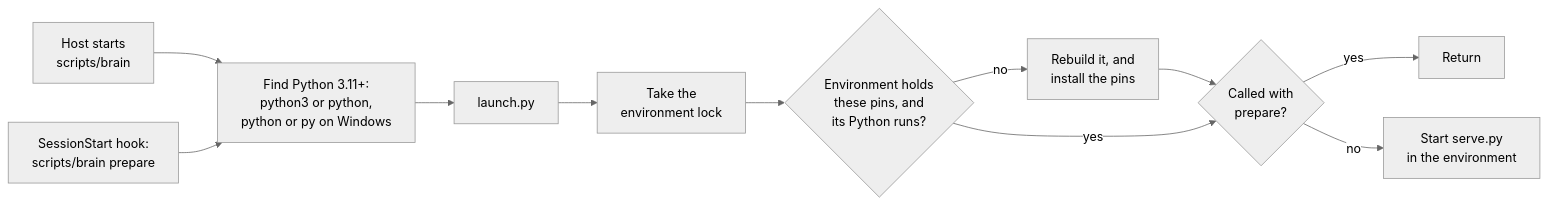
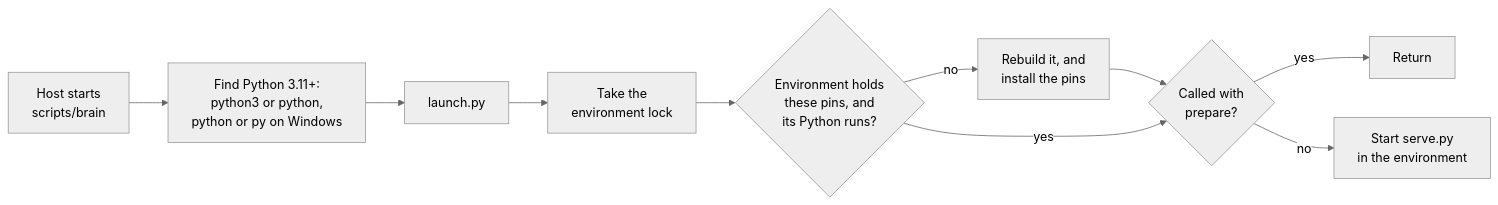
Before and after one commit to Velrea/AI.Brain: the diagram in docs/mcp-server.md, drawn with Mermaid (neutral theme). The commit also changed other lines of this file and 36 other files, not shown here.

````diff
--- a/docs/mcp-server.md
+++ b/docs/mcp-server.md
@@ -17,13 +17,12 @@
 ```mermaid
 flowchart LR
     host["Host starts<br/>scripts/brain"] --> python["Find Python 3.11+:<br/>python3 or python,<br/>python or py on Windows"]
-    hook["SessionStart hook:<br/>scripts/brain prepare"] --> python
     python --> launch["launch.py"]
     launch --> lock["Take the<br/>environment lock"]
     lock --> current{"Environment holds<br/>these pins, and<br/>its Python runs?"}
     current -- no --> build["Rebuild it, and<br/>install the pins"]
     build --> ready{"Called with<br/>prepare?"}
     current -- yes --> ready
     ready -- yes --> done["Return"]
     ready -- no --> serve["Start serve.py<br/>in the environment"]
 ```
````
